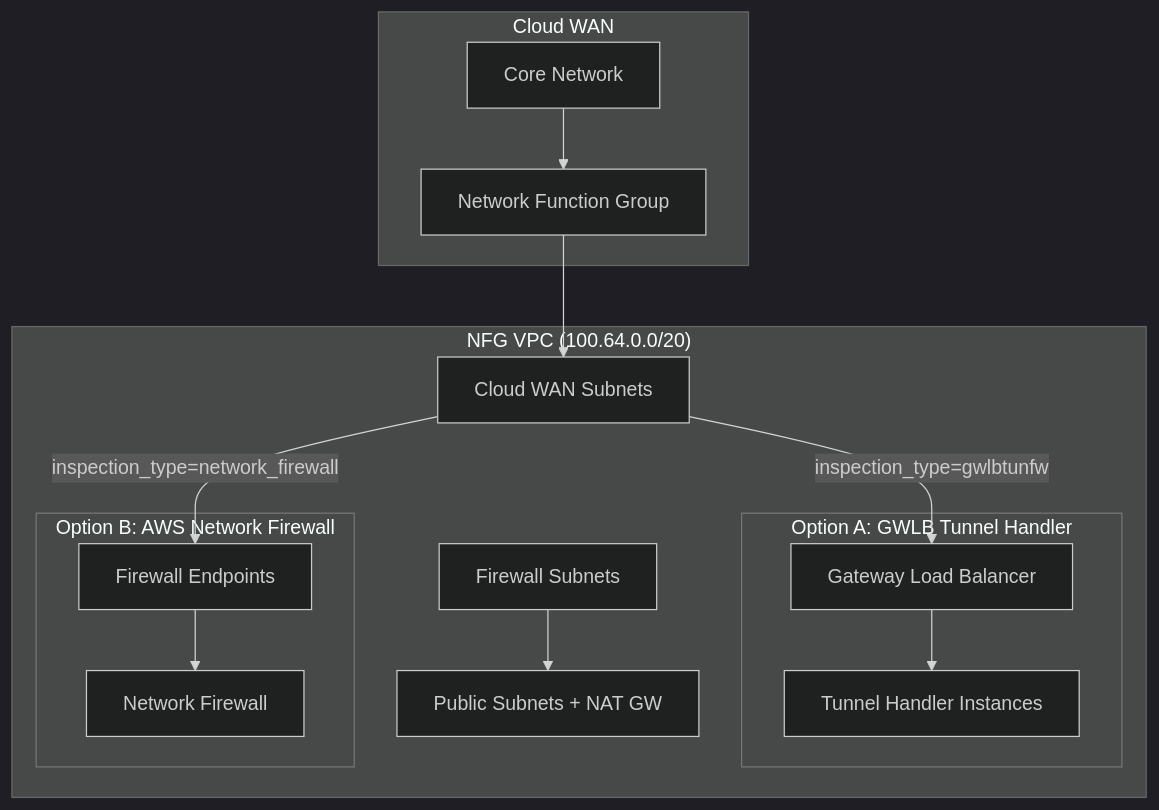
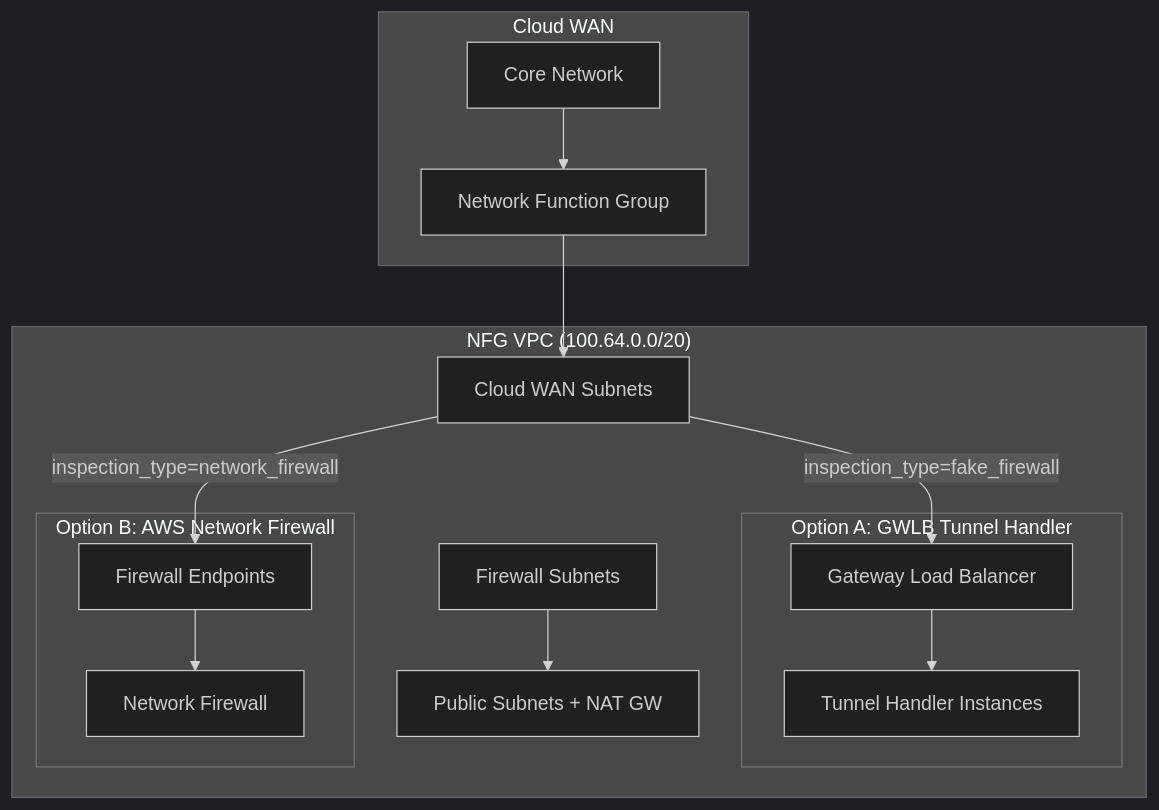
One commit to rarandab/cwan-poc changed the diagram in .kiro/specs/networkfirewall/design.md. Above: the diagram before and after it, drawn with Mermaid (dark theme). The commit also changed other lines of this file and 24 other files, not shown here.

````diff
--- a/.kiro/specs/networkfirewall/design.md
+++ b/.kiro/specs/networkfirewall/design.md
@@ -13,31 +13,31 @@
 ```mermaid
 graph TB
     subgraph "Cloud WAN"
         CWN[Core Network]
         NFG[Network Function Group]
     end
     
     subgraph "NFG VPC (100.64.0.0/20)"
         subgraph "Option A: GWLB Tunnel Handler"
             GWLB[Gateway Load Balancer]
             TH[Tunnel Handler Instances]
         end
         
         subgraph "Option B: AWS Network Firewall"
             NFW[Network Firewall]
             NFWE[Firewall Endpoints]
         end
         
         CWN_SUB[Cloud WAN Subnets]
         NFW_SUB[Firewall Subnets]
         PUB_SUB[Public Subnets + NAT GW]
     end
     
     CWN --> NFG
     NFG --> CWN_SUB
-    CWN_SUB --> |inspection_type=gwlbtunfw| GWLB
+    CWN_SUB --> |inspection_type=fake_firewall| GWLB
     CWN_SUB --> |inspection_type=network_firewall| NFWE
     GWLB --> TH
     NFWE --> NFW
     NFW_SUB --> PUB_SUB
 ```
````
